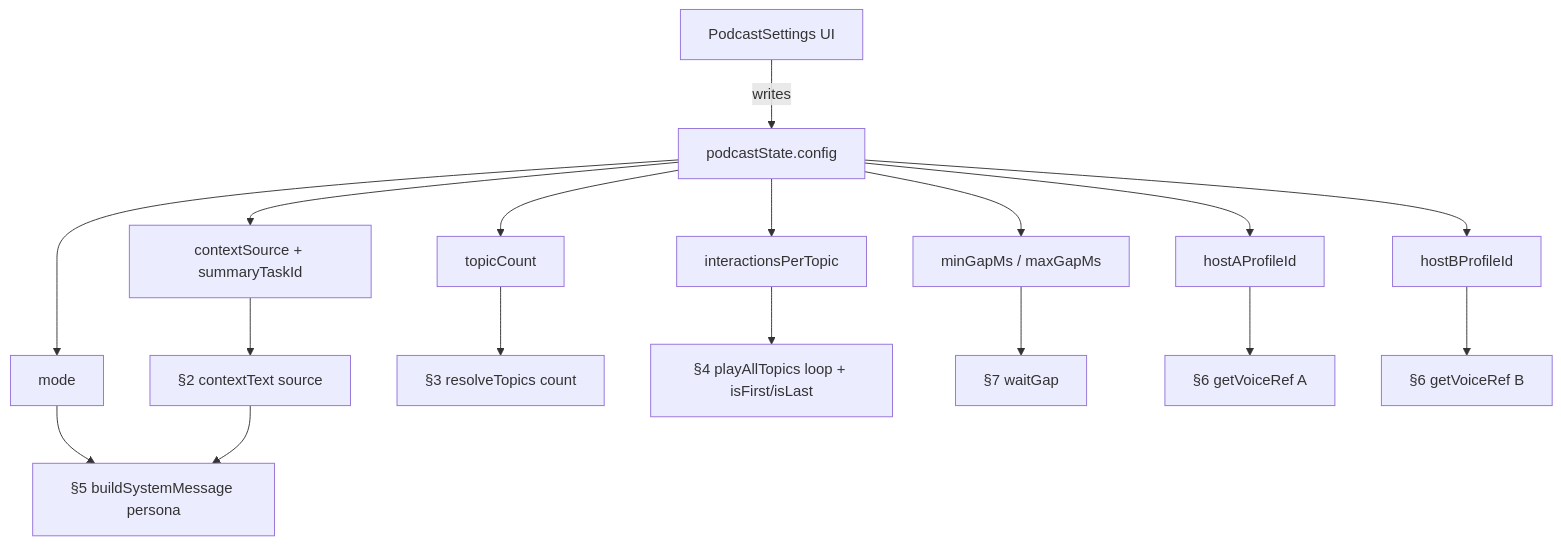
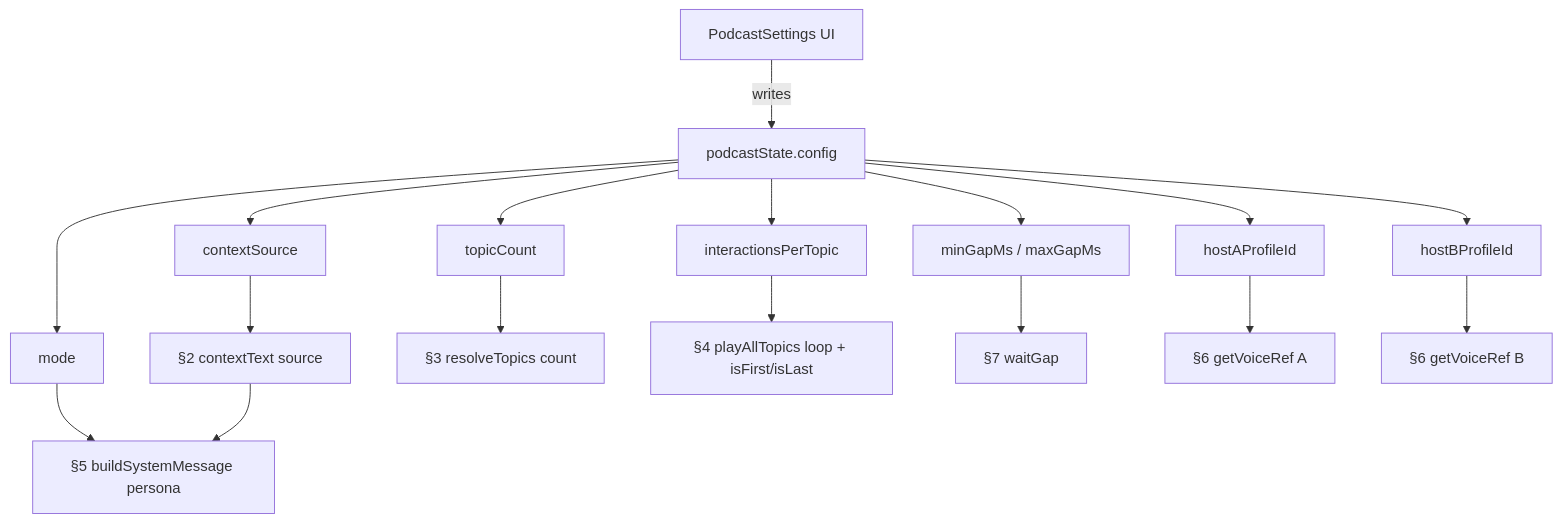
The fifth of 5 diagrams in DOCS/podcast-flow.md (JPG-2024/things), drawn with Mermaid before and after one commit. The commit also changed other lines of this file and 26 other files, not shown here.

````diff
--- a/DOCS/podcast-flow.md
+++ b/DOCS/podcast-flow.md
@@ -206,20 +205,20 @@
 ```mermaid
 flowchart TD
     S[PodcastSettings UI] -->|writes| C[podcastState.config]
     C --> M[mode]
-    C --> CS[contextSource + summaryTaskId]
+    C --> CS[contextSource]
     C --> TC[topicCount]
     C --> IP[interactionsPerTopic]
     C --> G[minGapMs / maxGapMs]
     C --> HA[hostAProfileId]
     C --> HB[hostBProfileId]
 
     M --> DLG[§5 buildSystemMessage persona]
     CS --> DLG2[§2 contextText source]
     DLG2 --> DLG
     TC --> EXT[§3 resolveTopics count]
     IP --> LOOP[§4 playAllTopics loop + isFirst/isLast]
     G --> GAP[§7 waitGap]
     HA --> VOICE[§6 getVoiceRef A]
     HB --> VOICE2[§6 getVoiceRef B]
 ```
````
